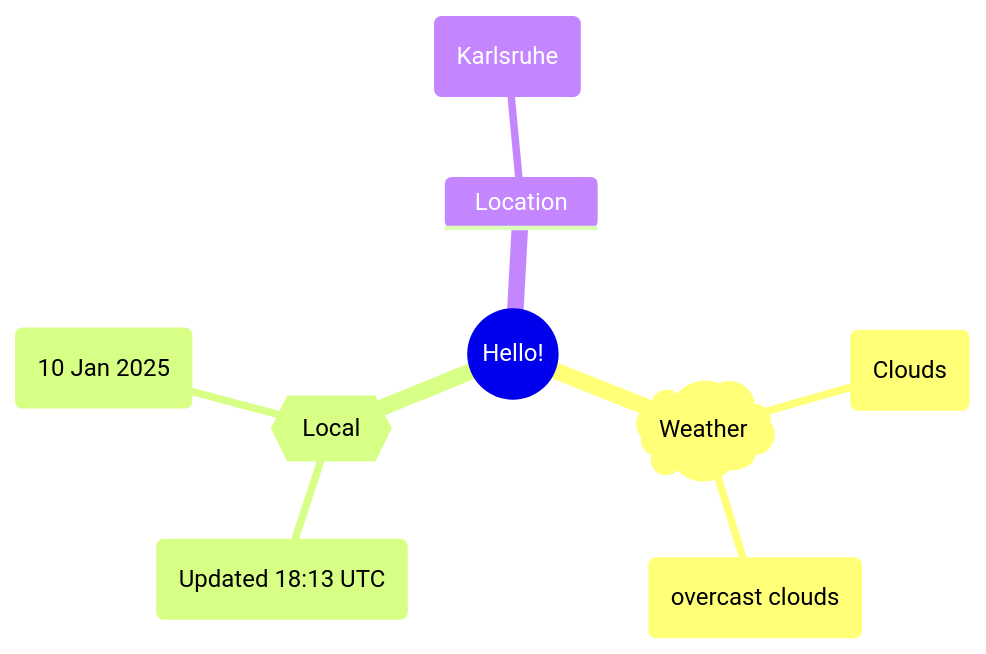
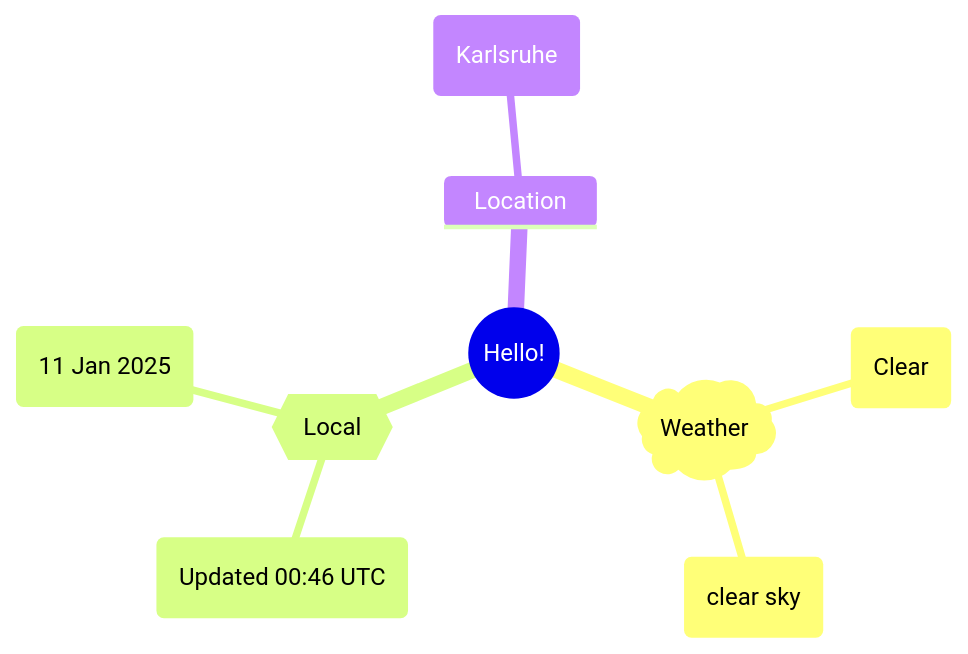
One commit to Xosrov/Xosrov changed the first of 2 diagrams in README.md. Above: the diagram before and after it, drawn with Mermaid.

Commit message:
[bot] updated images

````diff
--- a/README.md
+++ b/README.md
@@ -3,12 +3,12 @@
 ```mermaid
 mindmap
   root((Hello!))
     )Weather(
-        (Clouds)
-        (overcast clouds)
+        (Clear)
+        (clear sky)
     {{Local}}
-        (Updated 18:13 UTC)
-        (10 Jan 2025)
+        (Updated 00:46 UTC)
+        (11 Jan 2025)
     Location
         (Karlsruhe)
 ```
````
